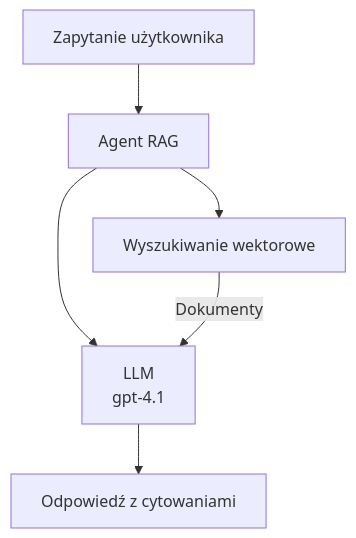
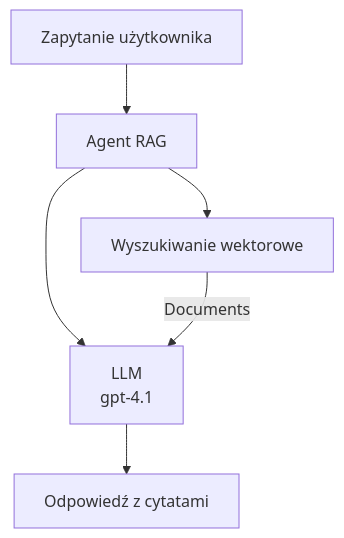
One commit to microsoft/AZD-for-beginners changed the second of 3 diagrams in translations/pl/docs/chapter-02-ai-development/agents.md. Above: the diagram before and after it, drawn with Mermaid. The commit also changed other lines of this file and 61 other files, not shown here.

````diff
--- a/translations/pl/docs/chapter-02-ai-development/agents.md
+++ b/translations/pl/docs/chapter-02-ai-development/agents.md
@@ -181,8 +181,8 @@
 ```mermaid
 graph TD
     Query[Zapytanie użytkownika] --> RAG[Agent RAG]
     RAG --> Vector[Wyszukiwanie wektorowe]
     RAG --> LLM[LLM<br/>gpt-4.1]
-    Vector -- Dokumenty --> LLM
-    LLM --> Response[Odpowiedź z cytowaniami]
+    Vector -- Documents --> LLM
+    LLM --> Response[Odpowiedź z cytatami]
 ```
````
